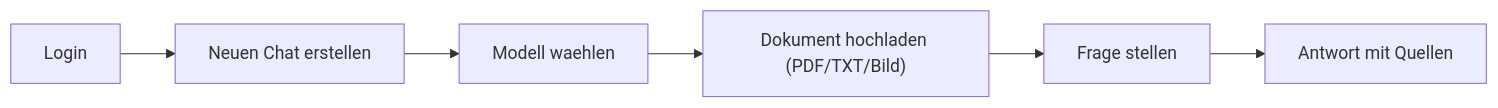
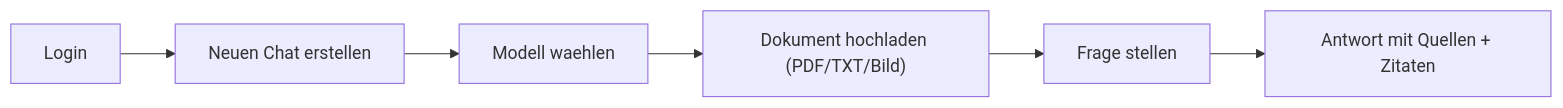
One commit to christian-rost/xqt5-ai-plattform changed the first of 2 diagrams in docs/ANWENDER-QUICKSTART.md. Above: the diagram before and after it, drawn with Mermaid. The commit also changed other lines of this file and 1 other file, not shown here.

````diff
--- a/docs/ANWENDER-QUICKSTART.md
+++ b/docs/ANWENDER-QUICKSTART.md
@@ -18,8 +18,8 @@
 ```mermaid
 flowchart LR
     A["Login"] --> B["Neuen Chat erstellen"]
     B --> C["Modell waehlen"]
     C --> D["Dokument hochladen (PDF/TXT/Bild)"]
     D --> E["Frage stellen"]
-    E --> F["Antwort mit Quellen"]
+    E --> F["Antwort mit Quellen + Zitaten"]
 ```
````
